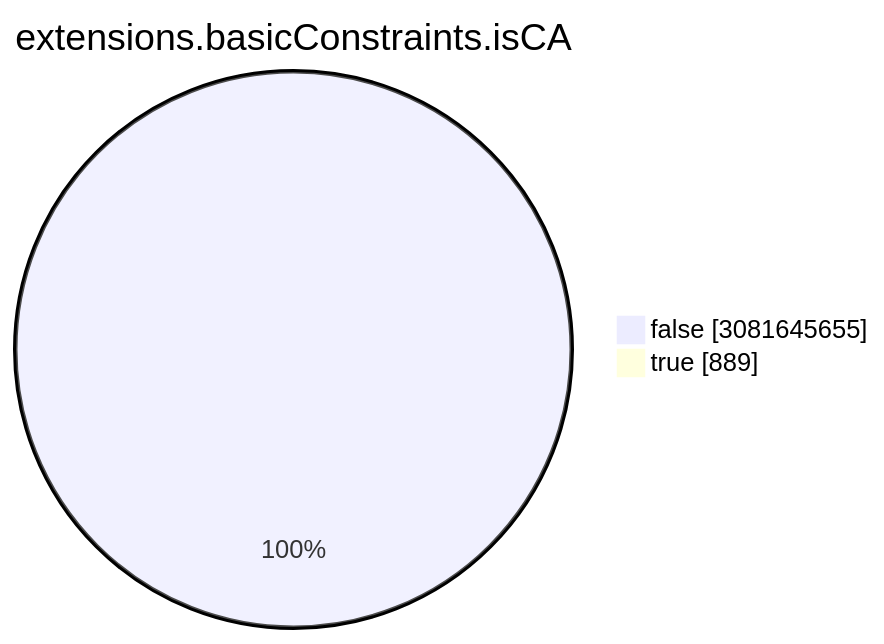
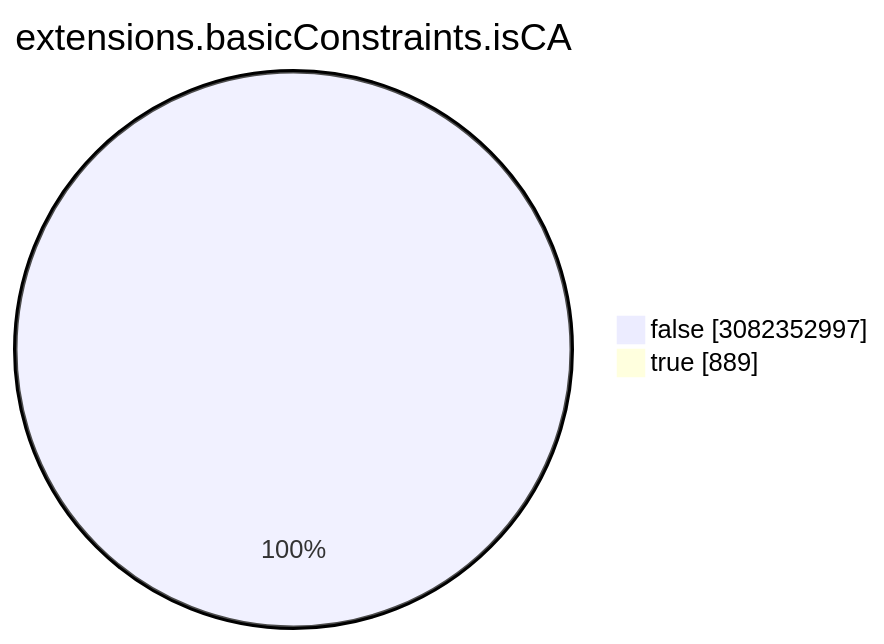
The seventh of 15 diagrams in TOTAL/README.md (christiankrug/ctmonitor_visualization), drawn with Mermaid before and after one commit. The commit also changed other lines of this file, not shown here.

````diff
--- a/TOTAL/README.md
+++ b/TOTAL/README.md
@@ -3088,6 +3088,6 @@
 ```mermaid
 pie showData
 title extensions.basicConstraints.isCA
-"false" :3081645655
+"false" :3082352997
 "true" :889
 ```
````
